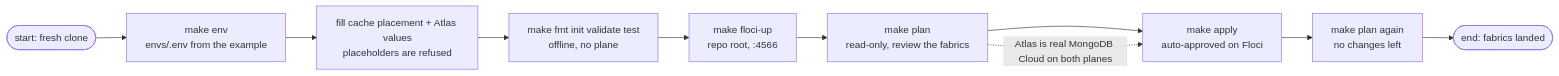
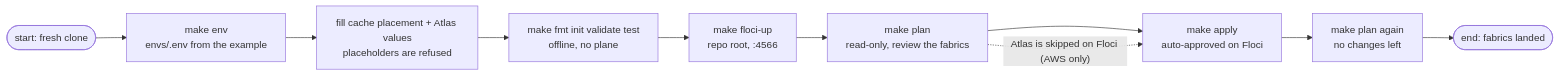
Before and after one commit to kunalPisolkar24/detectAI: the diagram in infra/docs/getting-started/quickstart.md, drawn with Mermaid. The commit also changed other lines of this file and 25 other files, not shown here.

Commit message:
Make Atlas AWS-only so Floci runs never call MongoDB Cloud

````diff
--- a/infra/docs/getting-started/quickstart.md
+++ b/infra/docs/getting-started/quickstart.md
@@ -75,12 +75,12 @@
 ```mermaid
 graph LR
     START(["start: fresh clone"]) --> ENV["make env<br/>envs/.env from the example"]
     ENV --> FILL["fill cache placement + Atlas values<br/>placeholders are refused"]
     FILL --> GATE["make fmt init validate test<br/>offline, no plane"]
     GATE --> EMU["make floci-up<br/>repo root, :4566"]
     EMU --> PLAN["make plan<br/>read-only, review the fabrics"]
     PLAN --> APPLY["make apply<br/>auto-approved on Floci"]
     APPLY --> VERIFY["make plan again<br/>no changes left"]
     VERIFY --> END(["end: fabrics landed"])
-    PLAN -.->|"Atlas is real MongoDB Cloud on both planes"| APPLY
+    PLAN -.->|"Atlas is skipped on Floci (AWS only)"| APPLY
 ```
````
